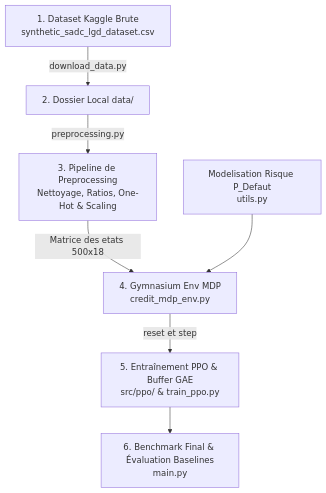
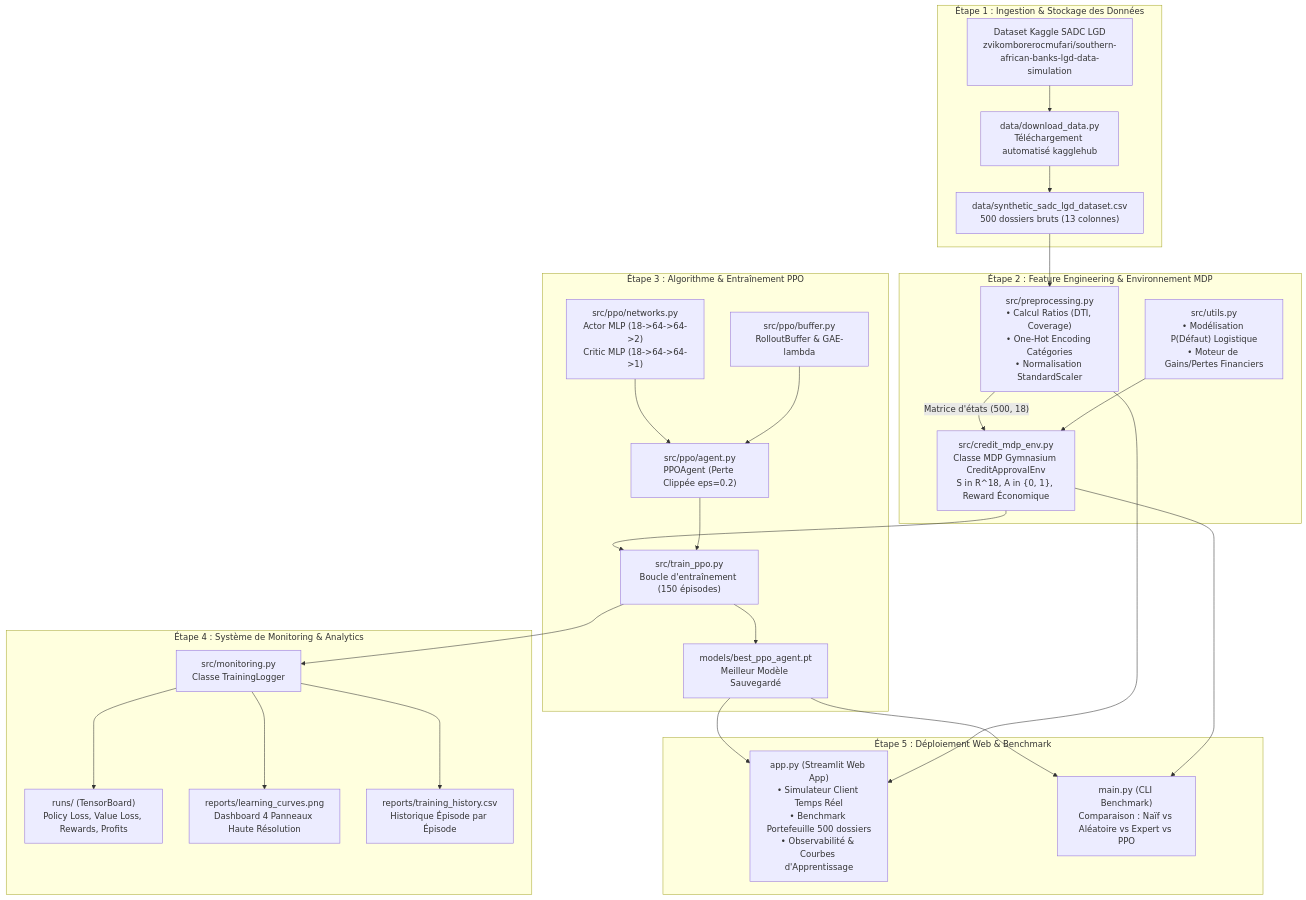
The second of 2 diagrams in EXPLICATION_WORKFLOW_MDP.md (ariistidesaker/credit-approval-reinforcement-learning), drawn with Mermaid before and after one commit. The commit also changed other lines of this file and 1 other file, not shown here.

Commit message:
docs: enrich global workflow and mathematical MDP architecture Mermaid diagrams

````diff
--- a/EXPLICATION_WORKFLOW_MDP.md
+++ b/EXPLICATION_WORKFLOW_MDP.md
@@ -119,9 +149,51 @@
 ```mermaid
 flowchart TD
-    A["1. Dataset Kaggle Brute<br/>synthetic_sadc_lgd_dataset.csv"] -->|"download_data.py"| B["2. Dossier Local data/"]
-    B -->|"preprocessing.py"| C["3. Pipeline de Preprocessing<br/>Nettoyage, Ratios, One-Hot & Scaling"]
-    C -->|"Matrice des etats 500x18"| D["4. Gymnasium Env MDP<br/>credit_mdp_env.py"]
-    E["Modelisation Risque P_Defaut<br/>utils.py"] --> D
-    D -->|"reset et step"| F["5. Entraînement PPO & Buffer GAE<br/>src/ppo/ & train_ppo.py"]
-    F --> G["6. Benchmark Final & Évaluation Baselines<br/>main.py"]
+    subgraph Step1["Étape 1 : Ingestion & Stockage des Données"]
+        Kaggle["Dataset Kaggle SADC LGD<br/>zvikomborerocmufari/southern-african-banks-lgd-data-simulation"]
+        Downloader["data/download_data.py<br/>Téléchargement automatisé kagglehub"]
+        RawCSV["data/synthetic_sadc_lgd_dataset.csv<br/>500 dossiers bruts (13 colonnes)"]
+        Kaggle --> Downloader --> RawCSV
+    end
+
+    subgraph Step2["Étape 2 : Feature Engineering & Environnement MDP"]
+        Preproc["src/preprocessing.py<br/>• Calcul Ratios (DTI, Coverage)<br/>• One-Hot Encoding Catégories<br/>• Normalisation StandardScaler"]
+        RiskUtil["src/utils.py<br/>• Modélisation P(Défaut) Logistique<br/>• Moteur de Gains/Pertes Financiers"]
+        GymEnv["src/credit_mdp_env.py<br/>Classe MDP Gymnasium CreditApprovalEnv<br/>S in R^18, A in {0, 1}, Reward Économique"]
+        RawCSV --> Preproc
+        Preproc -->|"Matrice d'états (500, 18)"| GymEnv
+        RiskUtil --> GymEnv
+    end
+
+    subgraph Step3["Étape 3 : Algorithme & Entraînement PPO"]
+        Networks["src/ppo/networks.py<br/>Actor MLP (18->64->64->2)<br/>Critic MLP (18->64->64->1)"]
+        Buffer["src/ppo/buffer.py<br/>RolloutBuffer & GAE-lambda"]
+        Agent["src/ppo/agent.py<br/>PPOAgent (Perte Clippée eps=0.2)"]
+        Trainer["src/train_ppo.py<br/>Boucle d'entraînement (150 épisodes)"]
+        ModelSaved["models/best_ppo_agent.pt<br/>Meilleur Modèle Sauvegardé"]
+        GymEnv --> Trainer
+        Networks --> Agent
+        Buffer --> Agent
+        Agent --> Trainer
+        Trainer --> ModelSaved
+    end
+
+    subgraph Step4["Étape 4 : Système de Monitoring & Analytics"]
+        Logger["src/monitoring.py<br/>Classe TrainingLogger"]
+        TB["runs/ (TensorBoard)<br/>Policy Loss, Value Loss, Rewards, Profits"]
+        Plots["reports/learning_curves.png<br/>Dashboard 4 Panneaux Haute Résolution"]
+        CSVLog["reports/training_history.csv<br/>Historique Épisode par Épisode"]
+        Trainer --> Logger
+        Logger --> TB
+        Logger --> Plots
+        Logger --> CSVLog
+    end
+
+    subgraph Step5["Étape 5 : Déploiement Web & Benchmark"]
+        AppStreamlit["app.py (Streamlit Web App)<br/>• Simulateur Client Temps Réel<br/>• Benchmark Portefeuille 500 dossiers<br/>• Observabilité & Courbes d'Apprentissage"]
+        MainCLI["main.py (CLI Benchmark)<br/>Comparaison : Naïf vs Aléatoire vs Expert vs PPO"]
+        ModelSaved --> AppStreamlit
+        ModelSaved --> MainCLI
+        Preproc --> AppStreamlit
+        GymEnv --> MainCLI
+    end
 ```
````
